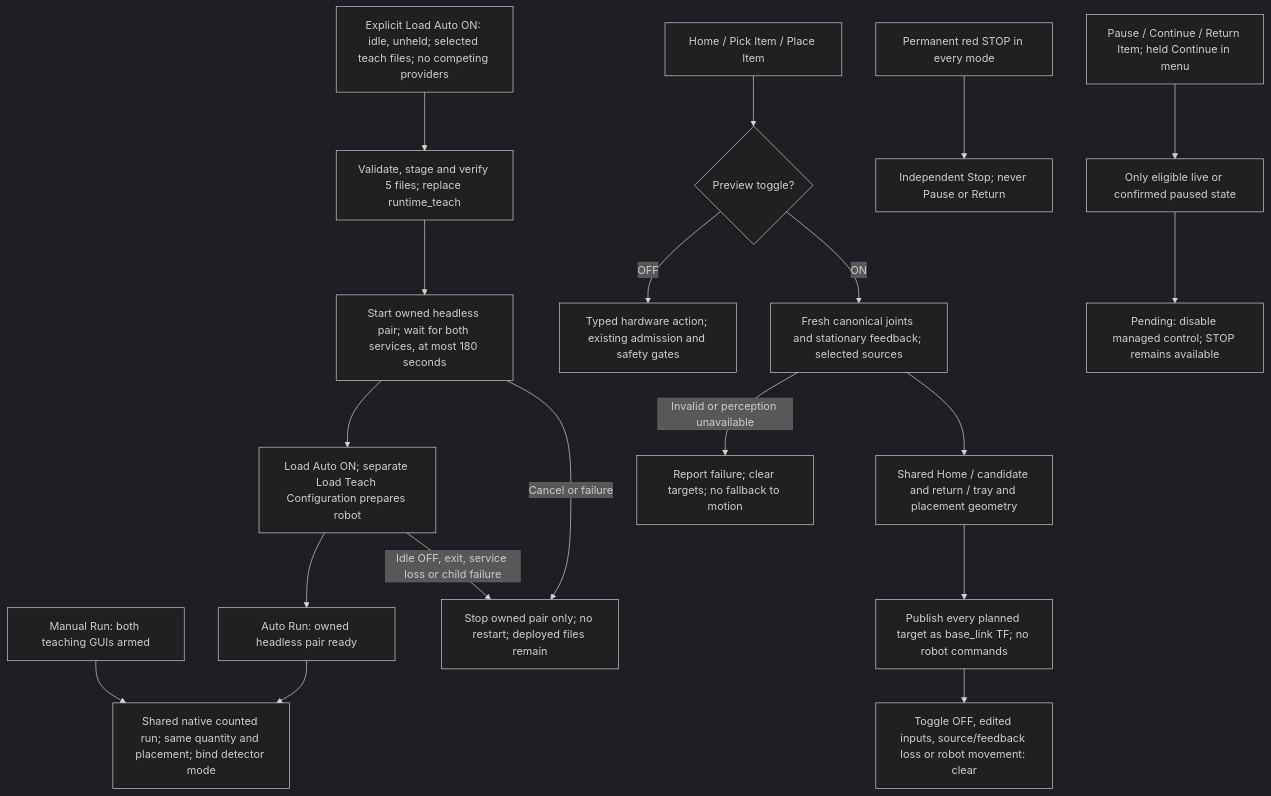
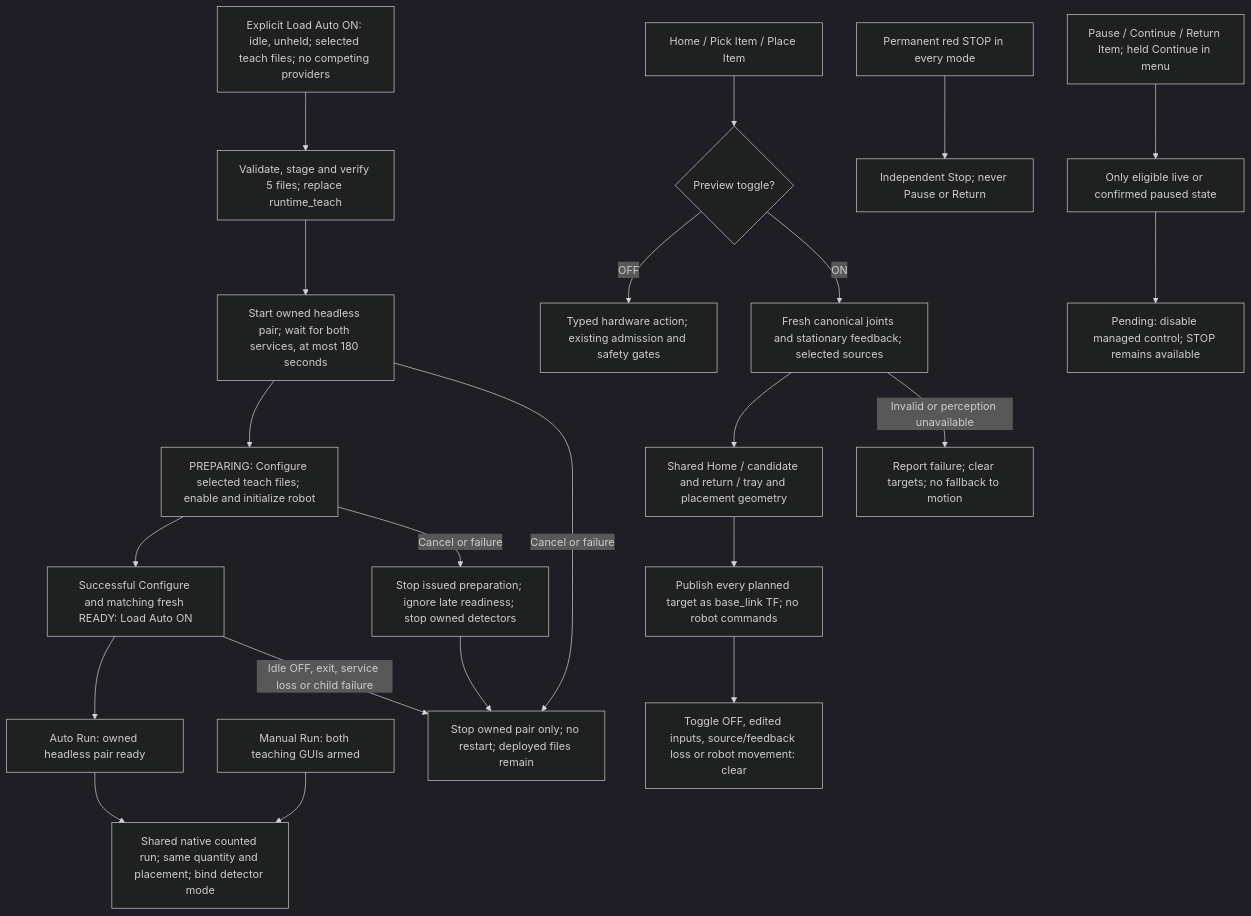
Before and after one commit to esgange/dobot_picknplace_yolo: the first of 9 diagrams in docs/ROBOT_CONTROLLER_FSM.md, drawn with Mermaid (dark theme). The commit also changed other lines of this file and 11 other files, not shown here.

Commit message:
Prepare robot when Load Auto is enabled

````diff
--- a/docs/ROBOT_CONTROLLER_FSM.md
+++ b/docs/ROBOT_CONTROLLER_FSM.md
@@ -912,21 +927,24 @@
 ```mermaid
 flowchart TD
     Deploy["Explicit Load Auto ON: idle, unheld; selected teach files; no competing providers"] --> Copy["Validate, stage and verify 5 files; replace runtime_teach"]
     Copy --> Detect["Start owned headless pair; wait for both services, at most 180 seconds"]
-    Detect --> Loaded["Load Auto ON; separate Load Teach Configuration prepares robot"]
+    Detect --> Prepare["PREPARING: Configure selected teach files; enable and initialize robot"]
+    Prepare --> Loaded["Successful Configure and matching fresh READY: Load Auto ON"]
     Loaded --> Auto["Auto Run: owned headless pair ready"]
     Manual["Manual Run: both teaching GUIs armed"] --> Run["Shared native counted run; same quantity and placement; bind detector mode"]
     Auto --> Run
     Loaded -->|Idle OFF, exit, service loss or child failure| End["Stop owned pair only; no restart; deployed files remain"]
     Detect -->|Cancel or failure| End
+    Prepare -->|Cancel or failure| CancelPrepare["Stop issued preparation; ignore late readiness; stop owned detectors"]
+    CancelPrepare --> End
     Buttons["Home / Pick Item / Place Item"] --> Mode{"Preview toggle?"}
     Mode -->|OFF| Action["Typed hardware action; existing admission and safety gates"]
     Mode -->|ON| Inputs["Fresh canonical joints and stationary feedback; selected sources"]
     Inputs --> Plan["Shared Home / candidate and return / tray and placement geometry"]
     Plan --> TF["Publish every planned target as base_link TF; no robot commands"]
     TF --> Clear["Toggle OFF, edited inputs, source/feedback loss or robot movement: clear"]
     Inputs -->|Invalid or perception unavailable| Failed["Report failure; clear targets; no fallback to motion"]
     Stop["Permanent red STOP in every mode"] --> Direct["Independent Stop; never Pause or Return"]
     Managed["Pause / Continue / Return Item; held Continue in menu"] --> Guard["Only eligible live or confirmed paused state"]
     Guard --> Pending["Pending: disable managed control; STOP remains available"]
 ```
````
